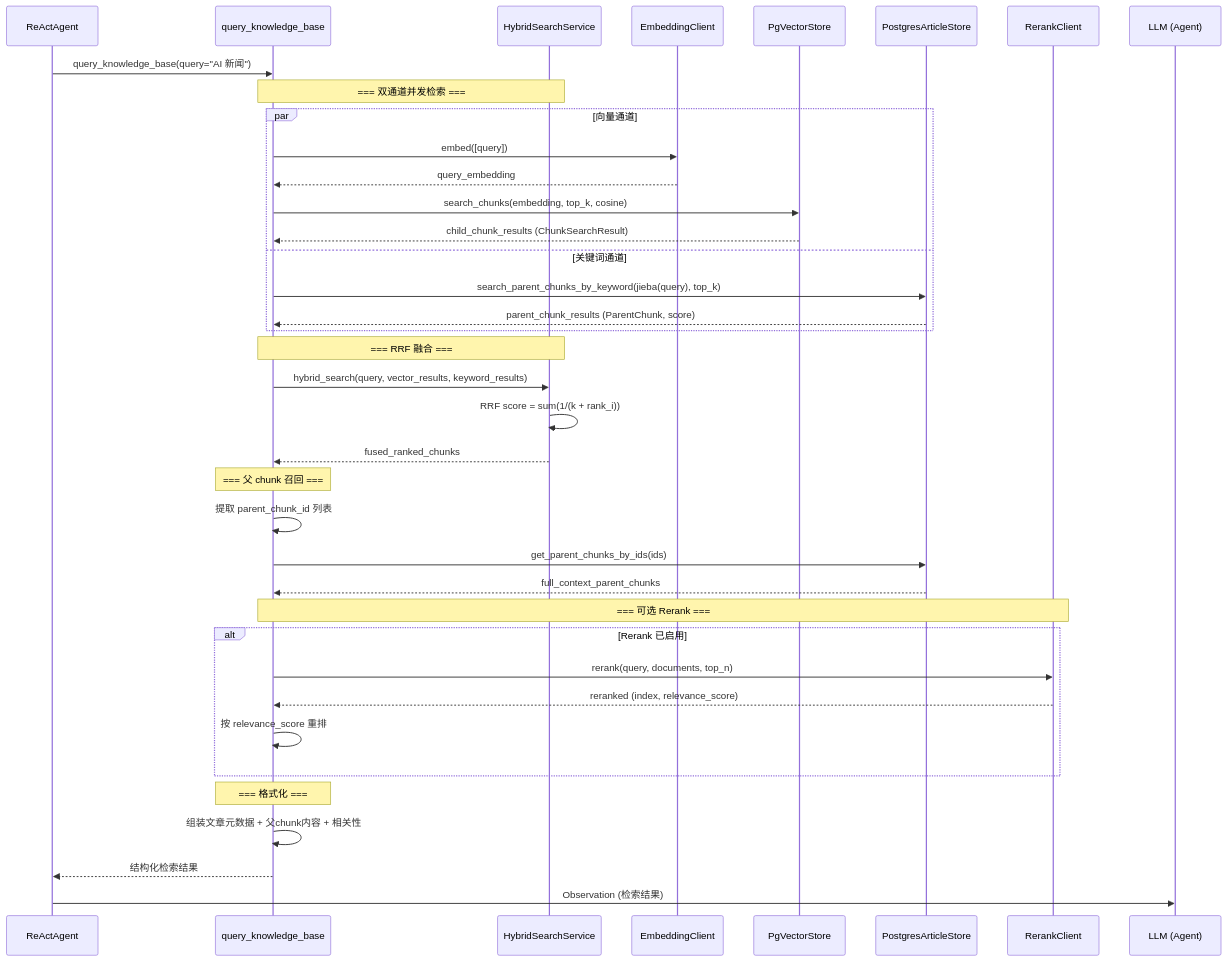
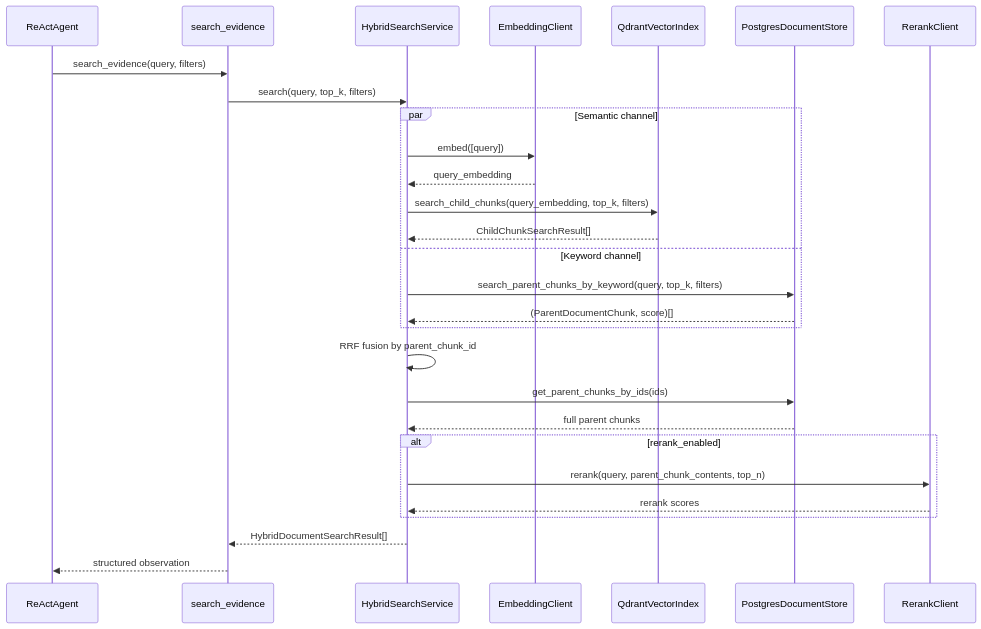
Before and after one commit to EtherealStar/InsightForge: the first of 2 diagrams in docs/flows/search-flow.md, drawn with Mermaid. The commit also changed other lines of this file and 243 other files, not shown here.

````diff
--- a/docs/flows/search-flow.md
+++ b/docs/flows/search-flow.md
@@ -9,47 +9,35 @@
 ```mermaid
 sequenceDiagram
     participant Agent as ReActAgent
-    participant Tool as query_knowledge_base
+    participant Tool as search_evidence
     participant HSS as HybridSearchService
     participant EC as EmbeddingClient
-    participant PVS as PgVectorStore
-    participant PAS as PostgresArticleStore
+    participant QI as QdrantVectorIndex
+    participant DS as PostgresDocumentStore
     participant RC as RerankClient
-    participant LLM as LLM (Agent)
 
-    Agent->>Tool: query_knowledge_base(query="AI 新闻")
+    Agent->>Tool: search_evidence(query, filters)
+    Tool->>HSS: search(query, top_k, filters)
 
-    Note over Tool,HSS: === 双通道并发检索 ===
-    
-    par 向量通道
-        Tool->>EC: embed([query])
-        EC-->>Tool: query_embedding
-        Tool->>PVS: search_chunks(embedding, top_k, cosine)
-        PVS-->>Tool: child_chunk_results (ChunkSearchResult)
-    and 关键词通道
-        Tool->>PAS: search_parent_chunks_by_keyword(jieba(query), top_k)
-        PAS-->>Tool: parent_chunk_results (ParentChunk, score)
+    par Semantic channel
+        HSS->>EC: embed([query])
+        EC-->>HSS: query_embedding
+        HSS->>QI: search_child_chunks(query_embedding, top_k, filters)
+        QI-->>HSS: ChildChunkSearchResult[]
+    and Keyword channel
+        HSS->>DS: search_parent_chunks_by_keyword(query, top_k, filters)
+        DS-->>HSS: (ParentDocumentChunk, score)[]
     end
 
-    Note over Tool,HSS: === RRF 融合 ===
-    Tool->>HSS: hybrid_search(query, vector_results, keyword_results)
-    HSS->>HSS: RRF score = sum(1/(k + rank_i))
-    HSS-->>Tool: fused_ranked_chunks
+    HSS->>HSS: RRF fusion by parent_chunk_id
+    HSS->>DS: get_parent_chunks_by_ids(ids)
+    DS-->>HSS: full parent chunks
 
-    Note over Tool: === 父 chunk 召回 ===
-    Tool->>Tool: 提取 parent_chunk_id 列表
-    Tool->>PAS: get_parent_chunks_by_ids(ids)
-    PAS-->>Tool: full_context_parent_chunks
-
-    Note over Tool,RC: === 可选 Rerank ===
-    alt Rerank 已启用
-        Tool->>RC: rerank(query, documents, top_n)
-        RC-->>Tool: reranked (index, relevance_score)
-        Tool->>Tool: 按 relevance_score 重排
+    alt rerank_enabled
+        HSS->>RC: rerank(query, parent_chunk_contents, top_n)
+        RC-->>HSS: rerank scores
     end
 
-    Note over Tool: === 格式化 ===
-    Tool->>Tool: 组装文章元数据 + 父chunk内容 + 相关性
-    Tool-->>Agent: 结构化检索结果
-    Agent->>LLM: Observation (检索结果)
+    HSS-->>Tool: HybridDocumentSearchResult[]
+    Tool-->>Agent: structured observation
 ```
````
